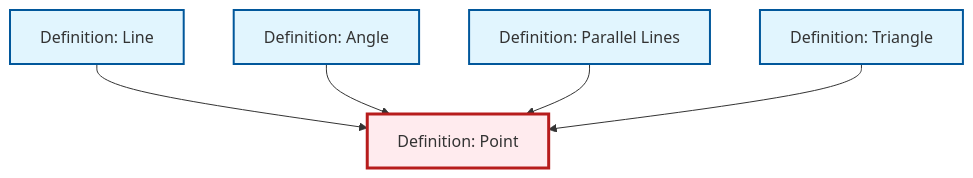
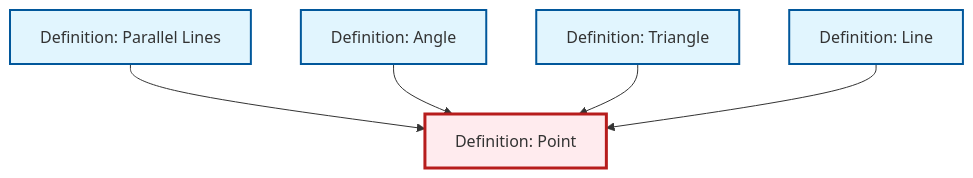
Before and after one commit to RK0429/ModernMath: the diagram in content/ja/geometry/def-point.qmd, drawn with Mermaid. The commit also changed other lines of this file and 615 other files, not shown here.

````diff
--- a/content/ja/geometry/def-point.qmd
+++ b/content/ja/geometry/def-point.qmd
@@ -40,23 +40,23 @@
 ```{mermaid}
 %%| fig-cap: "Local dependency graph"
 graph TD
     classDef definition fill:#e1f5fe,stroke:#01579b,stroke-width:2px
     classDef theorem fill:#f3e5f5,stroke:#4a148c,stroke-width:2px
     classDef axiom fill:#fff3e0,stroke:#e65100,stroke-width:2px
     classDef example fill:#e8f5e9,stroke:#1b5e20,stroke-width:2px
     classDef current fill:#ffebee,stroke:#b71c1c,stroke-width:3px
+    def-line["Definition: Line"]:::definition
     def-triangle["Definition: Triangle"]:::definition
-    def-point["Definition: Point"]:::definition
-    def-line["Definition: Line"]:::definition
     def-parallel["Definition: Parallel Lines"]:::definition
     def-angle["Definition: Angle"]:::definition
+    def-point["Definition: Point"]:::definition
+    def-parallel --> def-point
+    def-angle --> def-point
+    def-triangle --> def-point
     def-line --> def-point
-    def-angle --> def-point
-    def-parallel --> def-point
-    def-triangle --> def-point
     class def-point current
+    click def-line "def-line.html" "Definition: Lineへ"
     click def-triangle "def-triangle.html" "Definition: Triangleへ"
-    click def-line "def-line.html" "Definition: Lineへ"
     click def-parallel "def-parallel.html" "Definition: Parallel Linesへ"
     click def-angle "def-angle.html" "Definition: Angleへ"
 ```
````
